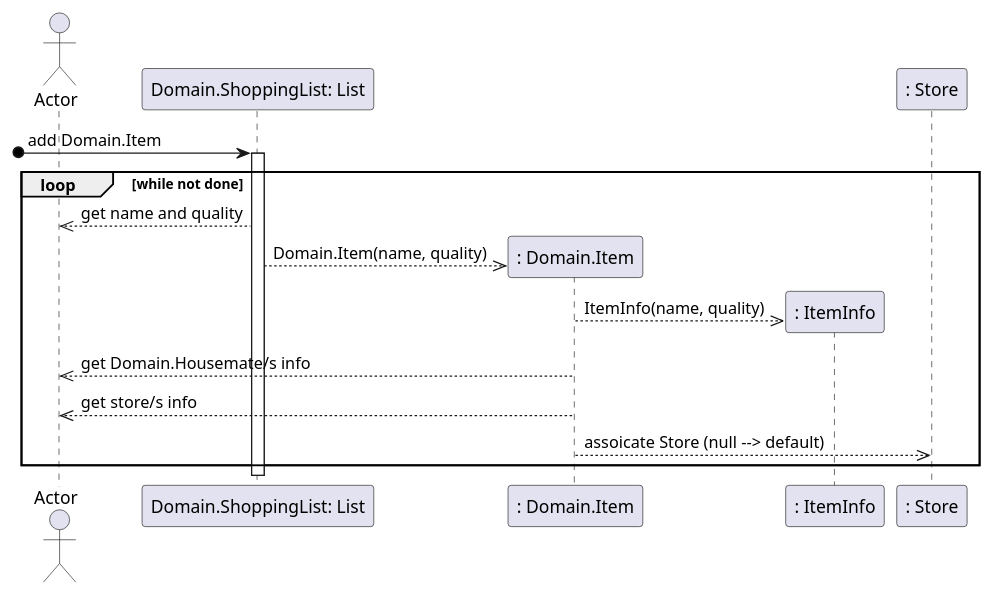
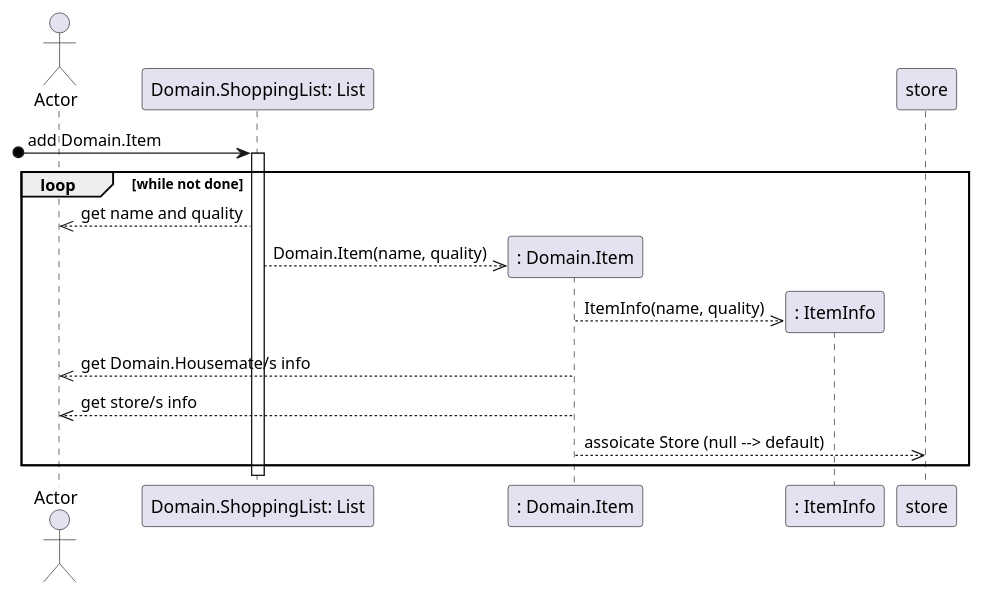
The second of 4 diagrams in doc/design.md (willemnielsen/House-App), drawn with PlantUML before and after one commit. The commit also changed other lines of this file, not shown here.

````diff
--- a/doc/design.md
+++ b/doc/design.md
@@ -58,28 +54,27 @@
 ```plantuml
 
 @startuml
 actor Actor as Actor
 participant "Domain.ShoppingList: List" as shoppingList
 participant ": Domain.Item" as item
 participant ": ItemInfo" as itemInfo
-participant ": Store" as store
 
 
 [o-> shoppingList : add Domain.Item
 activate shoppingList
 
 loop while not done
     shoppingList -->> Actor  : get name and quality
     shoppingList -->> item **: Domain.Item(name, quality)
     item -->> itemInfo **: ItemInfo(name, quality)
     item -->> Actor : get Domain.Housemate/s info
     item -->> Actor : get store/s info
     item -->> store : assoicate Store (null --> default)
 
 end
 
 activate shoppingList
 
 
 @enduml
 ```
````
